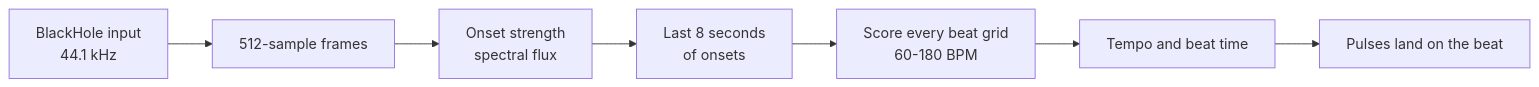
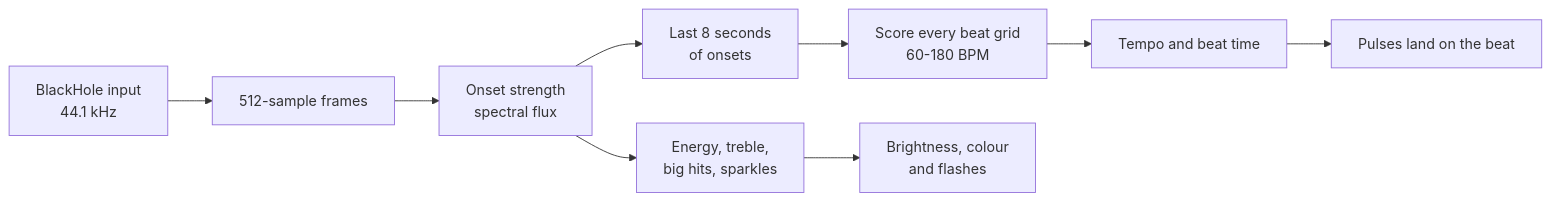
Before and after one commit to LorenzoPrinsloo/spotify-hue-sync: the third of 3 diagrams in docs/how-it-works.md, drawn with Mermaid. The commit also changed other lines of this file and 17 other files, not shown here.

First line of the commit message:
React to the music: energy, big hits, treble and a held beat

````diff
--- a/docs/how-it-works.md
+++ b/docs/how-it-works.md
@@ -145,9 +145,11 @@
 ```mermaid
 flowchart LR
     A[BlackHole input<br/>44.1 kHz] --> B[512-sample frames]
     B --> C[Onset strength<br/>spectral flux]
     C --> D[Last 8 seconds<br/>of onsets]
     D --> E[Score every beat grid<br/>60-180 BPM]
     E --> F[Tempo and beat time]
     F --> G[Pulses land on the beat]
+    C --> H[Energy, treble,<br/>big hits, sparkles]
+    H --> I[Brightness, colour<br/>and flashes]
 ```
````
